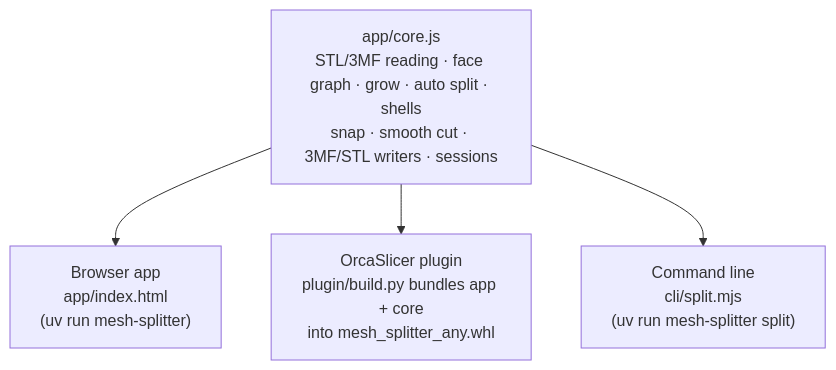
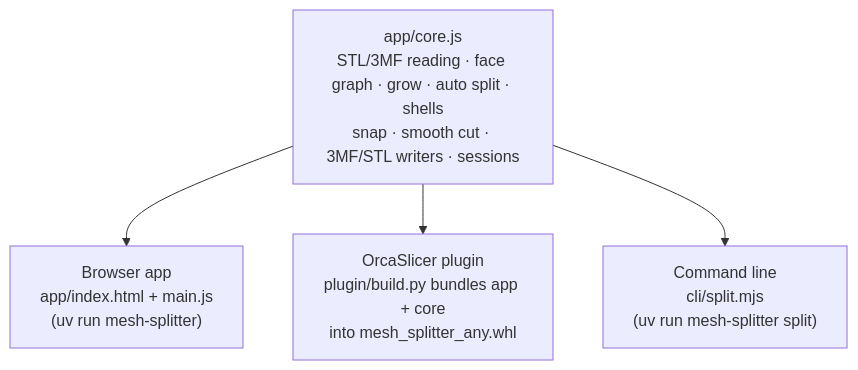
One commit to d-carrigg/mesh-splitter changed the second of 4 diagrams in docs/how-it-works.md. Above: the diagram before and after it, drawn with Mermaid. The commit also changed other lines of this file and 5 other files, not shown here.

First line of the commit message:
refactor: move the app's CSS and JS out of index.html into styles.css and main.js

````diff
--- a/docs/how-it-works.md
+++ b/docs/how-it-works.md
@@ -83,10 +83,10 @@
 ```mermaid
 flowchart TB
   core["app/core.js<br/>STL/3MF reading · face graph · grow · auto split · shells<br/>snap · smooth cut · 3MF/STL writers · sessions"]
-  app["Browser app<br/>app/index.html<br/>(uv run mesh-splitter)"]
+  app["Browser app<br/>app/index.html + main.js<br/>(uv run mesh-splitter)"]
   plugin["OrcaSlicer plugin<br/>plugin/build.py bundles app + core<br/>into mesh_splitter_any.whl"]
   cli["Command line<br/>cli/split.mjs<br/>(uv run mesh-splitter split)"]
   core --> app
   core --> plugin
   core --> cli
 ```
````
